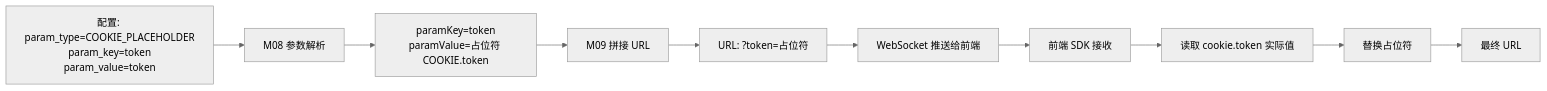
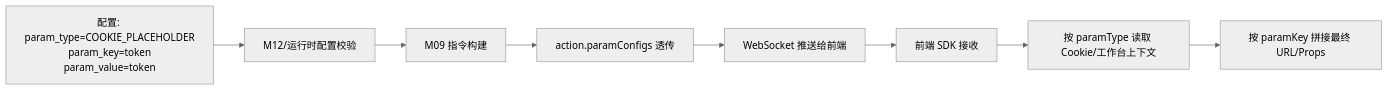
Diagram 12 of 24 in cs-copilot-service/docs/dd-v1.2.md (qzz617/copilot), drawn with Mermaid (neutral theme) before and after one commit. The commit also changed other lines of this file and 12 other files, not shown here.

````diff
--- a/cs-copilot-service/docs/dd-v1.2.md
+++ b/cs-copilot-service/docs/dd-v1.2.md
@@ -1582,12 +1580,10 @@
 ```mermaid
 flowchart LR
-    A[配置: param_type=COOKIE_PLACEHOLDER<br/>param_key=token<br/>param_value=token] --> B[M08 参数解析]
-    B --> C[paramKey=token<br/>paramValue=占位符 COOKIE.token]
-    C --> D[M09 拼接 URL]
-    D --> E[URL: ?token=占位符]
-    E --> F[WebSocket 推送给前端]
-    F --> G[前端 SDK 接收]
-    G --> H[读取 cookie.token 实际值]
-    H --> I[替换占位符]
-    I --> J[最终 URL]
+    A[配置: param_type=COOKIE_PLACEHOLDER<br/>param_key=token<br/>param_value=token] --> B[M12/运行时配置校验]
+    B --> C[M09 指令构建]
+    C --> D[action.paramConfigs 透传]
+    D --> E[WebSocket 推送给前端]
+    E --> F[前端 SDK 接收]
+    F --> G[按 paramType 读取 Cookie/工作台上下文]
+    G --> H[按 paramKey 拼接最终 URL/Props]
 ```
````
